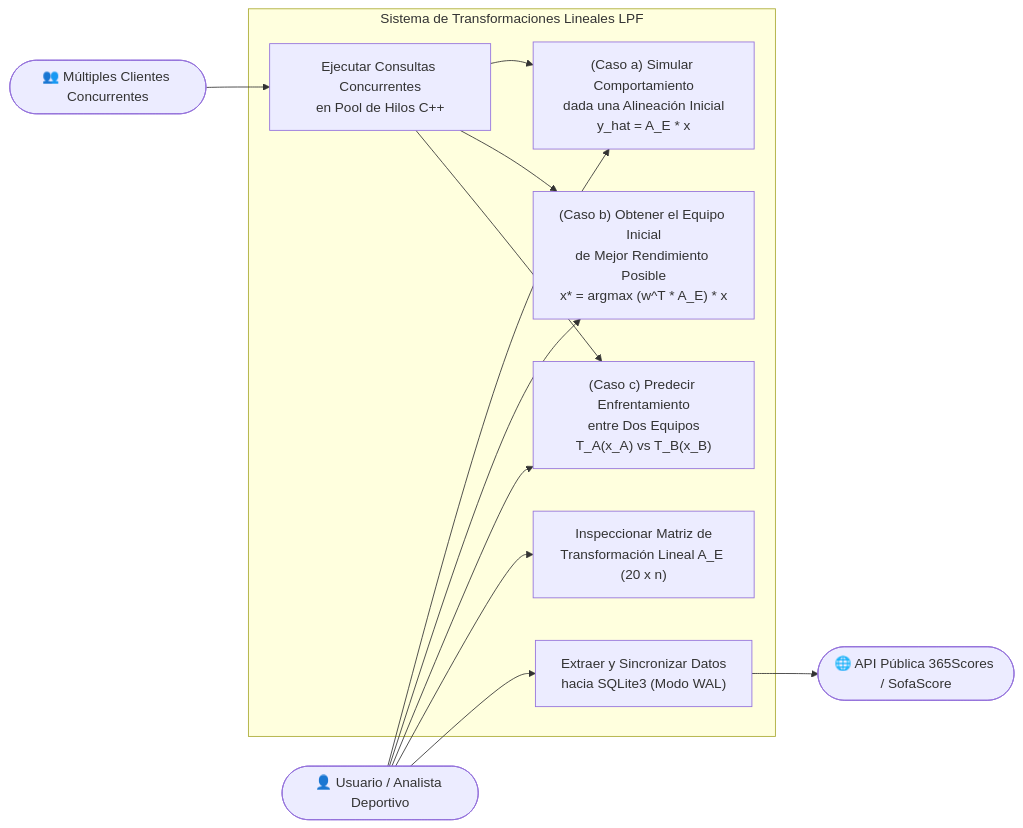
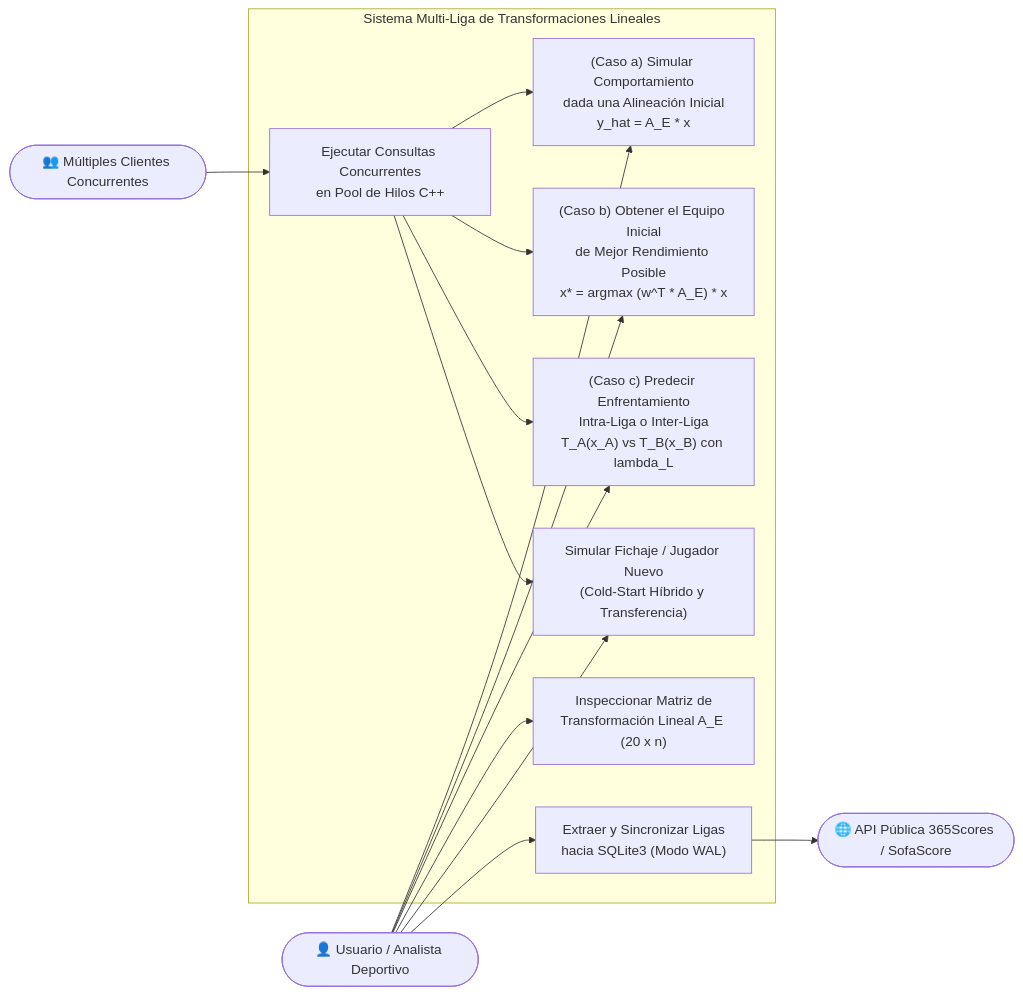
Before and after one commit to sebanemi/Algebra-Lineal: the first of 5 diagrams in docs/INGENIERIA_DE_SOFTWARE.md, drawn with Mermaid. The commit also changed other lines of this file and 17 other files, not shown here.

Commit message:
feat: implementar soporte Multi-Liga y resolucion Cold-Start hibrida para jugadores nuevos

````diff
--- a/docs/INGENIERIA_DE_SOFTWARE.md
+++ b/docs/INGENIERIA_DE_SOFTWARE.md
@@ -105,26 +129,29 @@
 ```mermaid
 flowchart LR
     Analista(["👤 Usuario / Analista Deportivo"])
     MultiUser(["👥 Múltiples Clientes Concurrentes"])
     API365(["🌐 API Pública 365Scores / SofaScore"])
 
-    subgraph Sistema_LPF["Sistema de Transformaciones Lineales LPF"]
+    subgraph Sistema_LPF["Sistema Multi-Liga de Transformaciones Lineales"]
         UC1["(Caso a) Simular Comportamiento\ndada una Alineación Inicial\ny_hat = A_E * x"]
         UC2["(Caso b) Obtener el Equipo Inicial\nde Mejor Rendimiento Posible\nx* = argmax (w^T * A_E) * x"]
-        UC3["(Caso c) Predecir Enfrentamiento\nentre Dos Equipos\nT_A(x_A) vs T_B(x_B)"]
+        UC3["(Caso c) Predecir Enfrentamiento\nIntra-Liga o Inter-Liga\nT_A(x_A) vs T_B(x_B) con lambda_L"]
         UC4["Inspeccionar Matriz de\nTransformación Lineal A_E (20 x n)"]
         UC5["Ejecutar Consultas Concurrentes\nen Pool de Hilos C++"]
-        UC6["Extraer y Sincronizar Datos\nhacia SQLite3 (Modo WAL)"]
+        UC6["Extraer y Sincronizar Ligas\nhacia SQLite3 (Modo WAL)"]
+        UC7["Simular Fichaje / Jugador Nuevo\n(Cold-Start Híbrido y Transferencia)"]
     end
 
     Analista --> UC1
     Analista --> UC2
     Analista --> UC3
     Analista --> UC4
+    Analista --> UC7
     MultiUser --> UC5
     UC5 --> UC1
     UC5 --> UC2
     UC5 --> UC3
+    UC5 --> UC7
     Analista --> UC6
     UC6 --> API365
 ```
````
